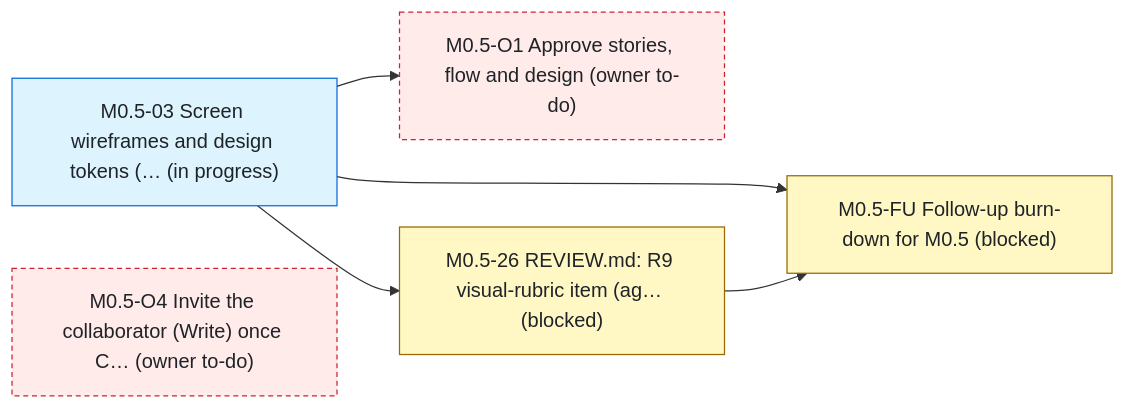
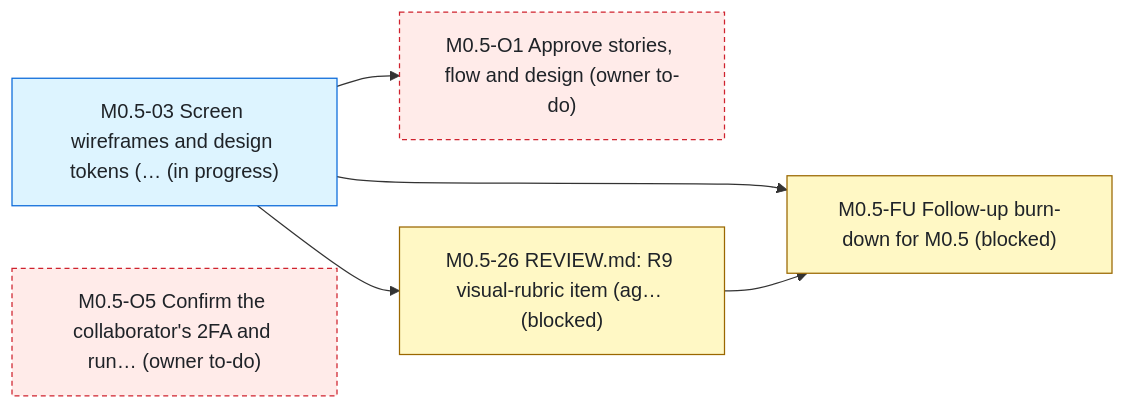
One commit to bondo/listicles2 changed the first of 2 diagrams in status.md. Above: the diagram before and after it, drawn with Mermaid. The commit also changed other lines of this file and 2 other files, not shown here.

````diff
--- a/status.md
+++ b/status.md
@@ -108,17 +109,17 @@
 ```mermaid
 flowchart LR
     n0["M0.5-03 Screen wireframes and design tokens (… (in progress)"]:::progress
     n1["M0.5-FU Follow-up burn-down for M0.5 (blocked)"]:::blocked
     n2["M0.5-O1 Approve stories, flow and design (owner to-do)"]:::owner
     n3["M0.5-26 REVIEW.md: R9 visual-rubric item (ag… (blocked)"]:::blocked
-    n4["M0.5-O4 Invite the collaborator (Write) once C… (owner to-do)"]:::owner
+    n4["M0.5-O5 Confirm the collaborator's 2FA and run… (owner to-do)"]:::owner
     n0 --> n1
     n3 --> n1
     n0 --> n2
     n0 --> n3
     classDef ready fill:#dafbe1,stroke:#1a7f37,color:#1f2328
     classDef progress fill:#ddf4ff,stroke:#0969da,color:#1f2328
     classDef blocked fill:#fff8c5,stroke:#9a6700,color:#1f2328
     classDef owner fill:#ffebe9,stroke:#cf222e,color:#1f2328,stroke-dasharray:4 3
     classDef ext fill:#eaeef2,stroke:#59636e,color:#1f2328,stroke-dasharray:2 2
 ```
````
